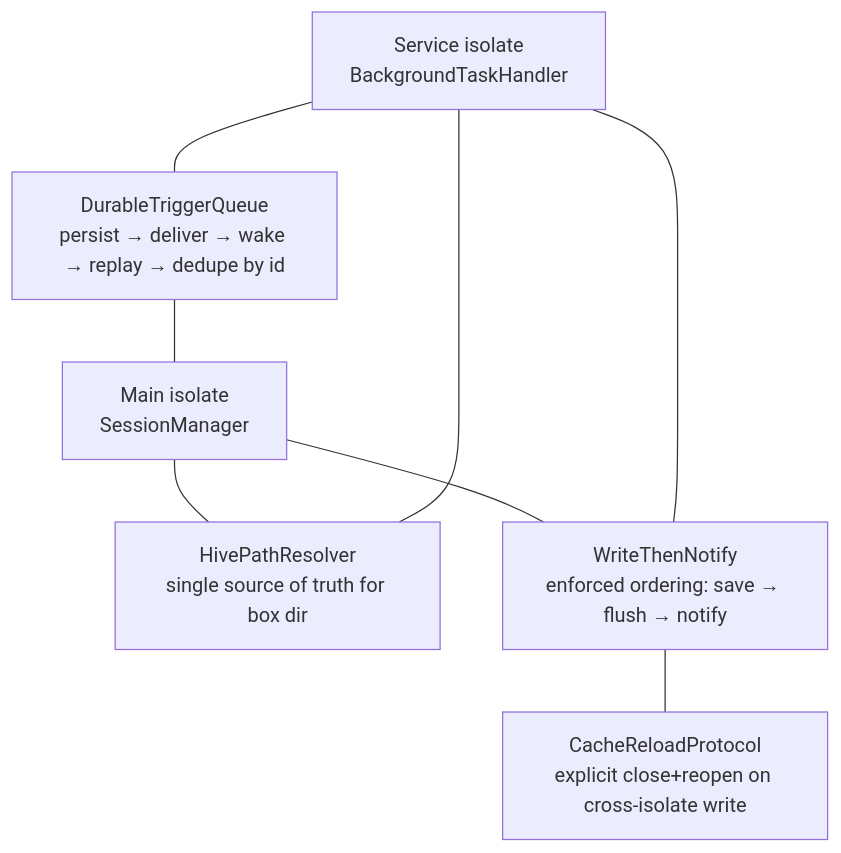
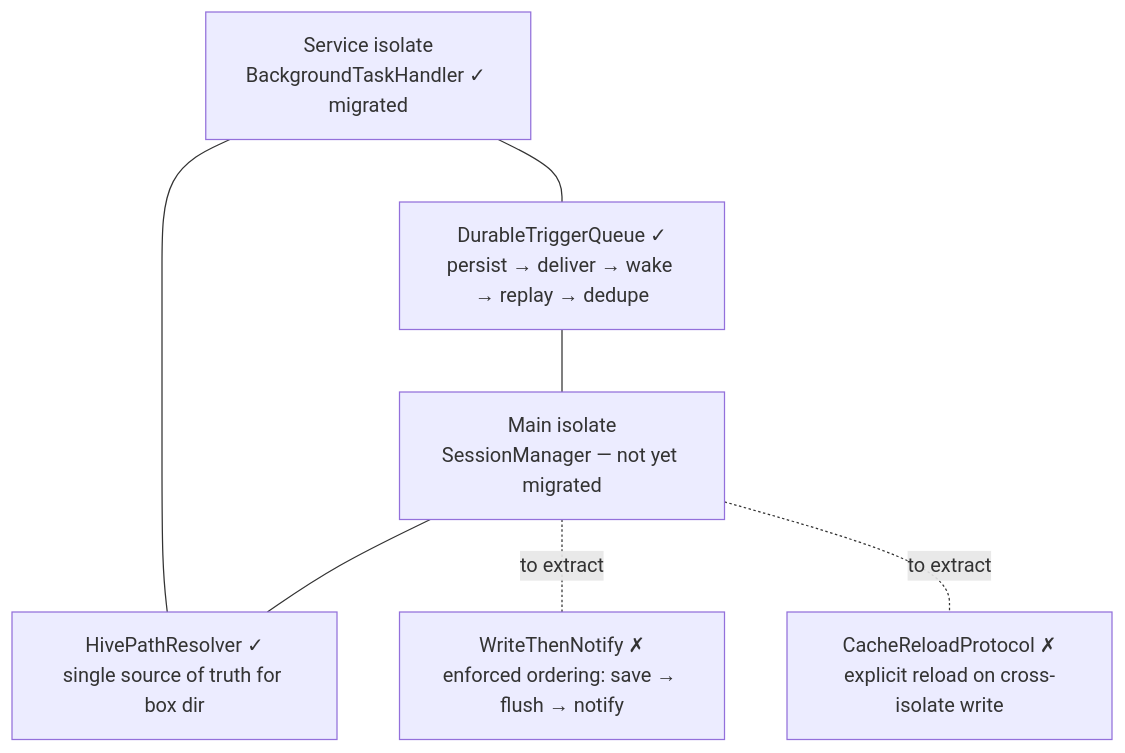
One commit to dgirard/droidclaw changed the third of 3 diagrams in docs/plans/2026-05-31-refactor-project-improvement-roadmap-plan.md. Above: the diagram before and after it, drawn with Mermaid. The commit also changed other lines of this file, not shown here.

Commit message:
docs: refresh improvement roadmap against delivered state (2026-06-10)

````diff
--- a/docs/plans/2026-05-31-refactor-project-improvement-roadmap-plan.md
+++ b/docs/plans/2026-05-31-refactor-project-improvement-roadmap-plan.md
@@ -157,12 +163,12 @@
 ```mermaid
 flowchart TB
-  HP[HivePathResolver<br/>single source of truth for box dir]
-  WO[WriteThenNotify<br/>enforced ordering: save → flush → notify]
-  RC[CacheReloadProtocol<br/>explicit close+reopen on cross-isolate write]
-  TQ[DurableTriggerQueue<br/>persist → deliver → wake → replay → dedupe by id]
-  MAIN[Main isolate<br/>SessionManager] --- HP
-  SVC[Service isolate<br/>BackgroundTaskHandler] --- HP
-  MAIN --- WO --- RC
-  SVC --- WO
+  HP[HivePathResolver ✓<br/>single source of truth for box dir]
+  TQ[DurableTriggerQueue ✓<br/>persist → deliver → wake → replay → dedupe]
+  WO[WriteThenNotify ✗<br/>enforced ordering: save → flush → notify]
+  RC[CacheReloadProtocol ✗<br/>explicit reload on cross-isolate write]
+  MAIN[Main isolate<br/>SessionManager — not yet migrated] --- HP
+  SVC[Service isolate<br/>BackgroundTaskHandler ✓ migrated] --- HP
+  MAIN -.to extract.- WO
+  MAIN -.to extract.- RC
   SVC --- TQ --- MAIN
 ```
````
